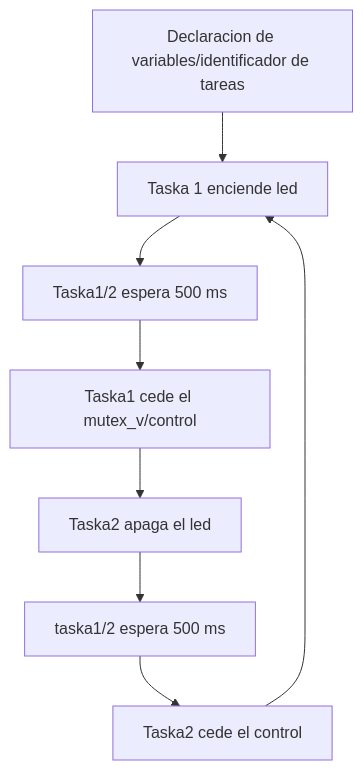
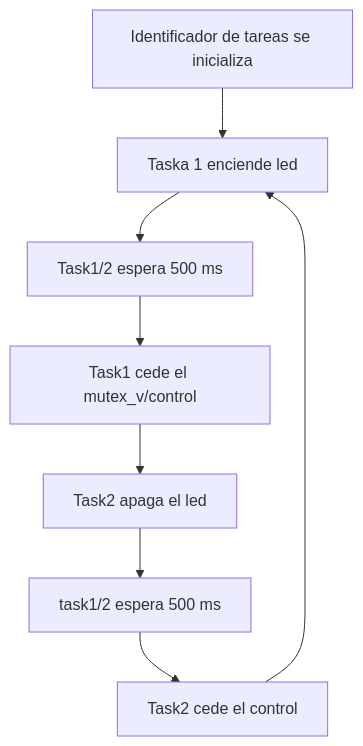
The second of 2 diagrams in README.md (ona03/PD_P3), drawn with Mermaid before and after one commit. The commit also changed other lines of this file, not shown here.

Commit message:
diagramas de flujo

````diff
--- a/README.md
+++ b/README.md
@@ -147,11 +162,12 @@
-<div class="mermaid">
+```mermaid
+
 flowchart TD;
-    A[Declaracion de variables/identificador de tareas] -->B[Taska 1 enciende led];    
-    B-->G[Taska1/2 espera 500 ms];
-    G-->H[Taska1 cede el mutex_v/control];
-    H-->I[Taska2 apaga el led];
-    I-->J[taska1/2 espera 500 ms];
-    J-->K[Taska2 cede el control]-->B;
- 
-   
-  </div>
+    A[Identificador de tareas se inicializa] -->B[Taska 1 enciende led];    
+    B-->G[Task1/2 espera 500 ms];
+    G-->H[Task1 cede el mutex_v/control];
+    H-->I[Task2 apaga el led];
+    I-->J[task1/2 espera 500 ms];
+    J-->K[Task2 cede el control];
+    K-->B;
+
+```
````
